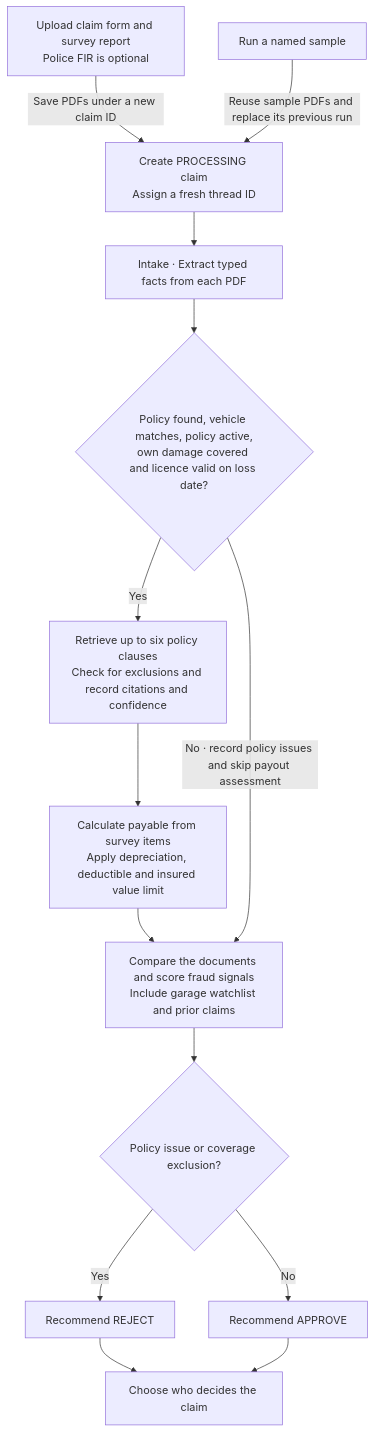
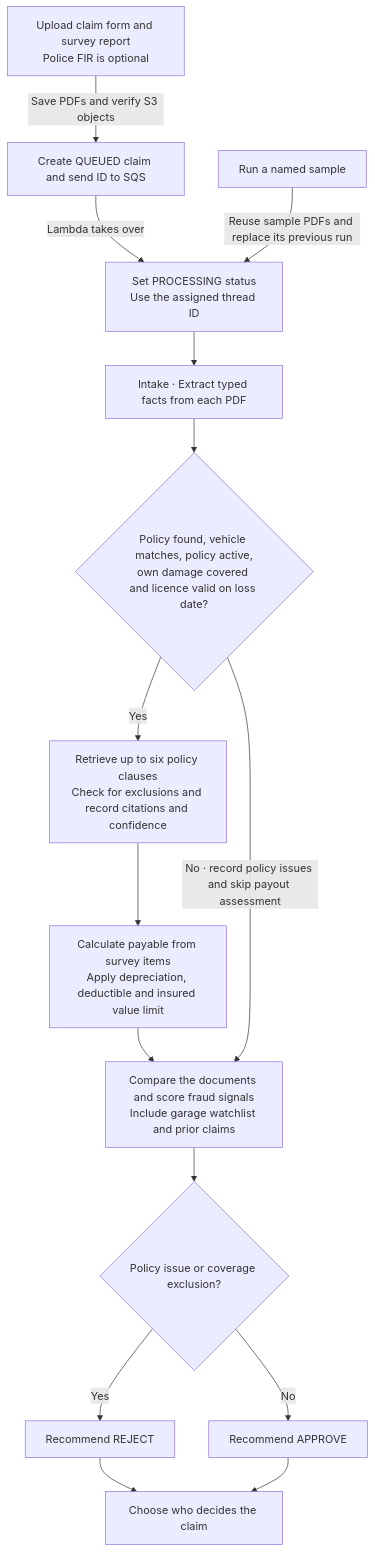
One commit to MP-30/Claim-Sense changed the second of 3 diagrams in Design.md. Above: the diagram before and after it, drawn with Mermaid. The commit also changed other lines of this file and 4 other files, not shown here.

````diff
--- a/Design.md
+++ b/Design.md
@@ -25,16 +28,17 @@
 ```mermaid
 flowchart TD
-    Upload["Upload claim form and survey report<br/>Police FIR is optional"] -->|Save PDFs under a new claim ID| Start["Create PROCESSING claim<br/>Assign a fresh thread ID"]
+    Upload["Upload claim form and survey report<br/>Police FIR is optional"] -->|Save PDFs and verify S3 objects| Queued["Create QUEUED claim and send ID to SQS"]
+    Queued -->|Lambda takes over| Start["Set PROCESSING status<br/>Use the assigned thread ID"]
     Sample["Run a named sample"] -->|Reuse sample PDFs and replace its previous run| Start
     Start --> Intake["Intake · Extract typed facts from each PDF"]
     Intake --> Policy{"Policy found, vehicle matches, policy active,<br/>own damage covered and licence valid on loss date?"}
     Policy -->|Yes| Coverage["Retrieve up to six policy clauses<br/>Check for exclusions and record citations and confidence"]
     Coverage --> Amount["Calculate payable from survey items<br/>Apply depreciation, deductible and insured value limit"]
     Amount --> Fraud["Compare the documents and score fraud signals<br/>Include garage watchlist and prior claims"]
     Policy -->|No · record policy issues and skip payout assessment| Fraud
     Fraud --> Recommend{"Policy issue or coverage exclusion?"}
     Recommend -->|Yes| Reject["Recommend REJECT"]
     Recommend -->|No| Approve["Recommend APPROVE"]
     Reject --> Route["Choose who decides the claim"]
     Approve --> Route
 ```
````
